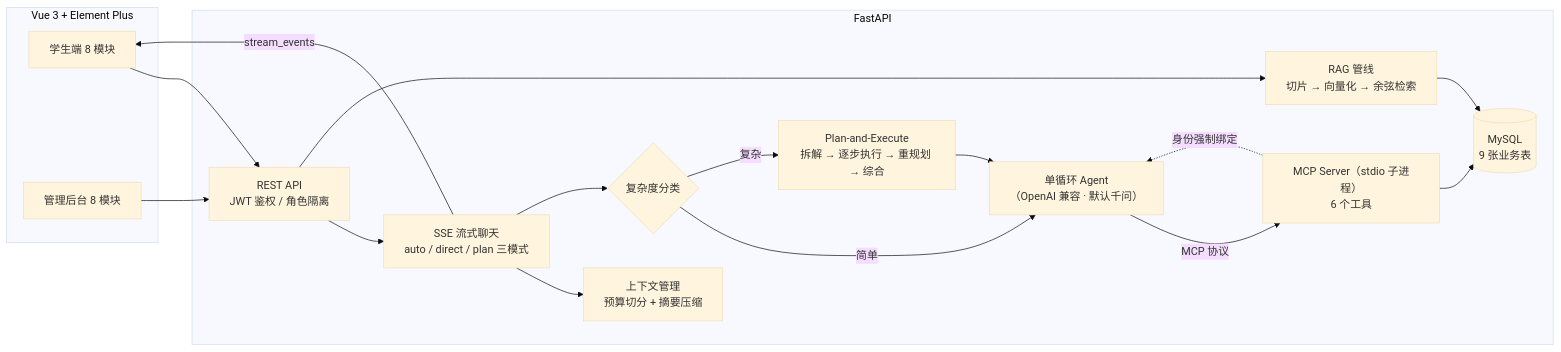
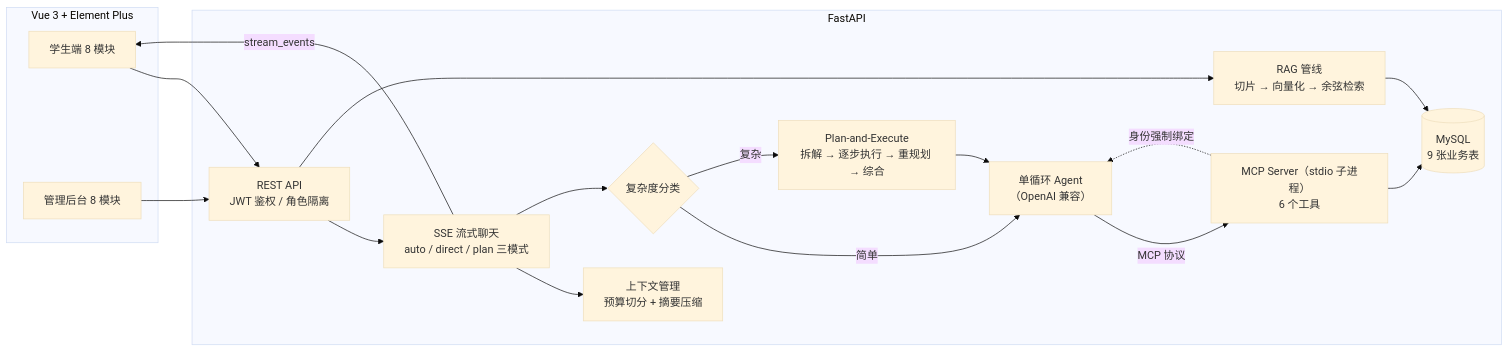
Before and after one commit to Dobelring/course-agent: the diagram in README.md, drawn with Mermaid (base theme). The commit also changed other lines of this file and 18 other files, not shown here.

````diff
--- a/README.md
+++ b/README.md
@@ -19,32 +19,32 @@
 ```mermaid
 flowchart LR
     subgraph 前端["Vue 3 + Element Plus"]
         S[学生端 8 模块]
         A[管理后台 8 模块]
     end
 
     subgraph 后端["FastAPI"]
         API[REST API<br/>JWT 鉴权 / 角色隔离]
         CHAT[SSE 流式聊天<br/>auto / direct / plan 三模式]
         ROUTE{"复杂度分类"}
-        AGENT["单循环 Agent<br/>（OpenAI 兼容 · 默认千问）"]
+        AGENT["单循环 Agent<br/>（OpenAI 兼容）"]
         PLAN["Plan-and-Execute<br/>拆解 → 逐步执行 → 重规划 → 综合"]
         CTX["上下文管理<br/>预算切分 + 摘要压缩"]
         MCP["MCP Server（stdio 子进程）<br/>6 个工具"]
         RAG["RAG 管线<br/>切片 → 向量化 → 余弦检索"]
         DB[("MySQL<br/>9 张业务表")]
     end
 
     S --> API
     A --> API
     API --> CHAT --> CTX
     CHAT --> ROUTE
     ROUTE -->|简单| AGENT
     ROUTE -->|复杂| PLAN
     PLAN --> AGENT
     CHAT -->|stream_events| S
     AGENT -->|MCP 协议| MCP
     MCP --> DB
     API --> RAG --> DB
     MCP -.->|身份强制绑定| AGENT
 ```
````
